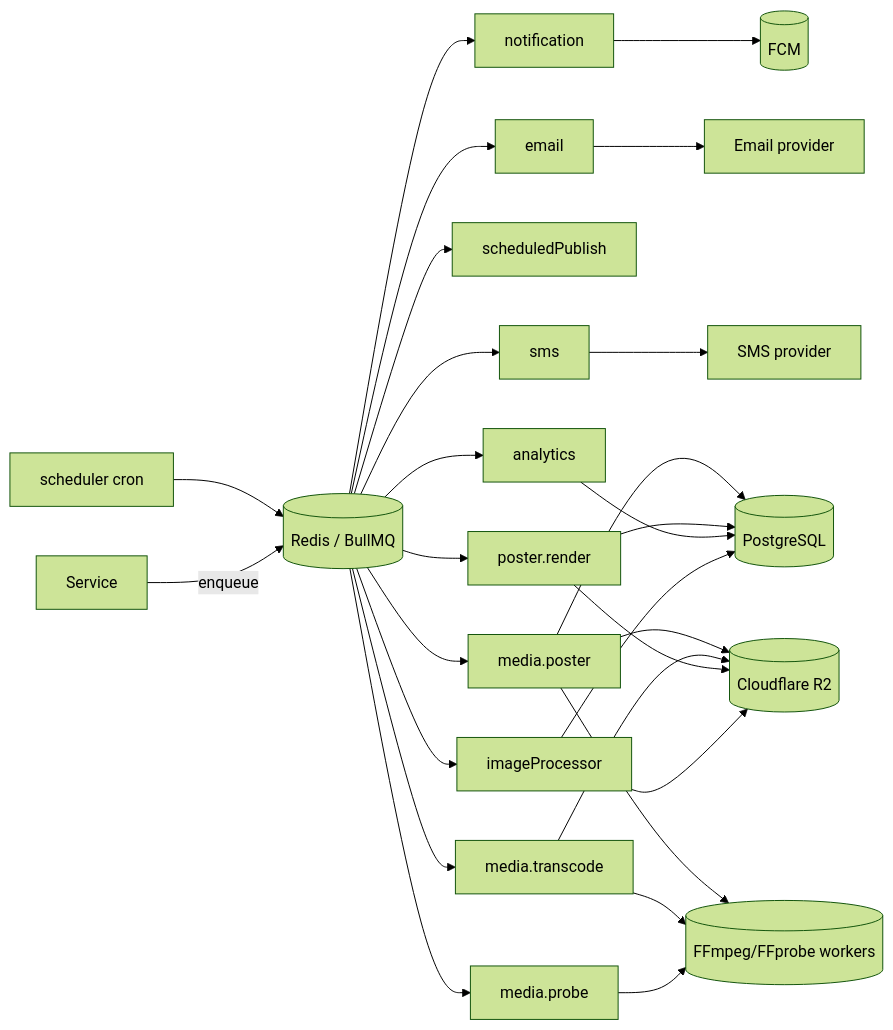
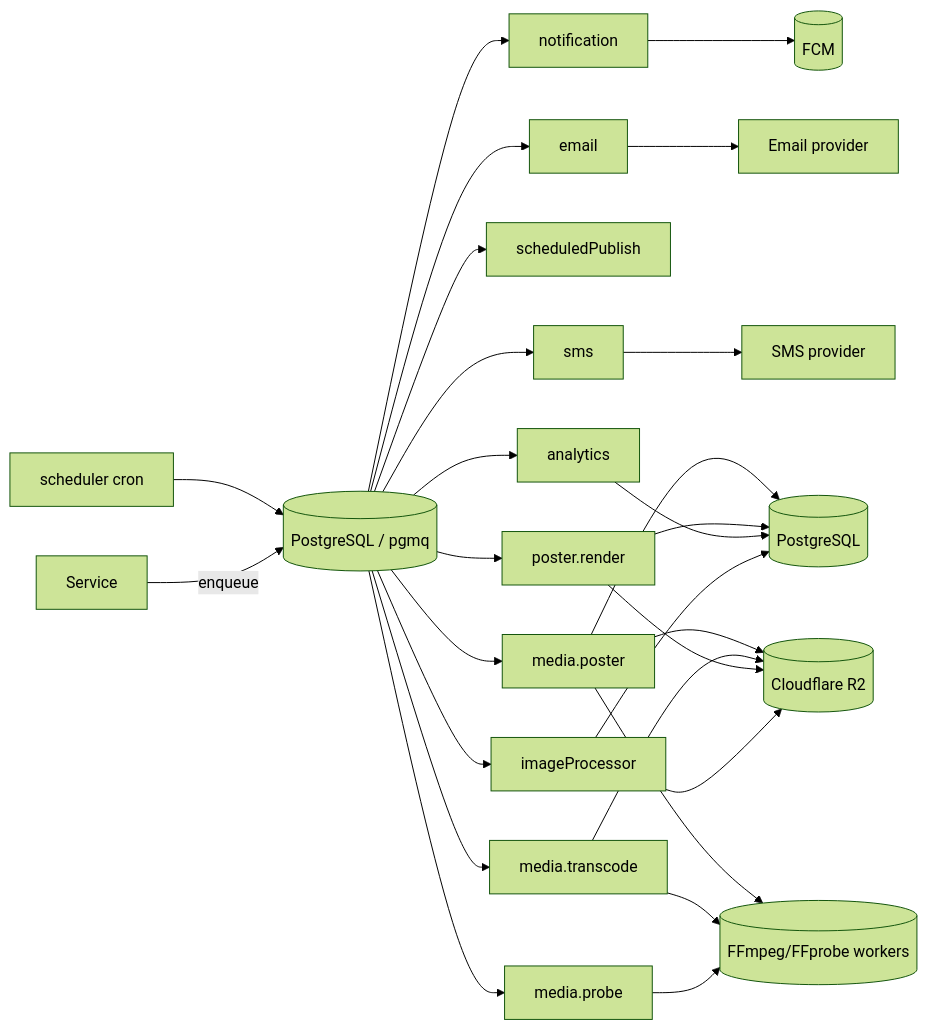
Before and after one commit to jeerupraveen04/Newswatchrequirement: the fifth of 9 diagrams in docs/architecture/03-backend-architecture.md, drawn with Mermaid (forest theme). The commit also changed other lines of this file and 173 other files, not shown here.

````diff
--- a/docs/architecture/03-backend-architecture.md
+++ b/docs/architecture/03-backend-architecture.md
@@ -528,29 +528,29 @@
 ```mermaid
 flowchart LR
-  Svc[Service] -->|enqueue| Q[(Redis / BullMQ)]
+  Svc[Service] -->|enqueue| Q[(PostgreSQL / pgmq)]
   Q --> W1[imageProcessor]
   Q --> W2[notification]
   Q --> W3[scheduledPublish]
   Q --> W4[email]
   Q --> W5[sms]
   Q --> W6[analytics]
   Q --> W7[poster.render]
   Q --> W8[media.probe]
   Q --> W9[media.transcode]
   Q --> W10[media.poster]
   Sched[scheduler cron] --> Q
   W1 --> R2[(Cloudflare R2)]
   W1 --> DB[(PostgreSQL)]
   W2 --> FCM[(FCM)]
   W4 --> EmailP[Email provider]
   W5 --> SmsP[SMS provider]
   W6 --> DB
   W7 --> R2
   W7 --> DB
   W8 --> FF[(FFmpeg/FFprobe workers)]
   W9 --> FF
   W10 --> FF
   W9 --> R2
   W10 --> R2
   W10 --> DB
 ```
````
